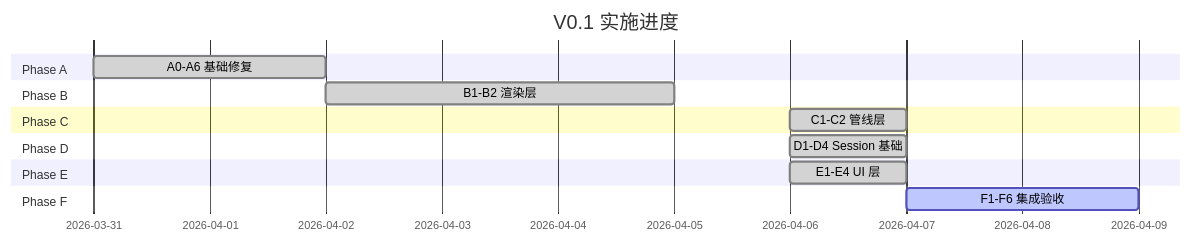
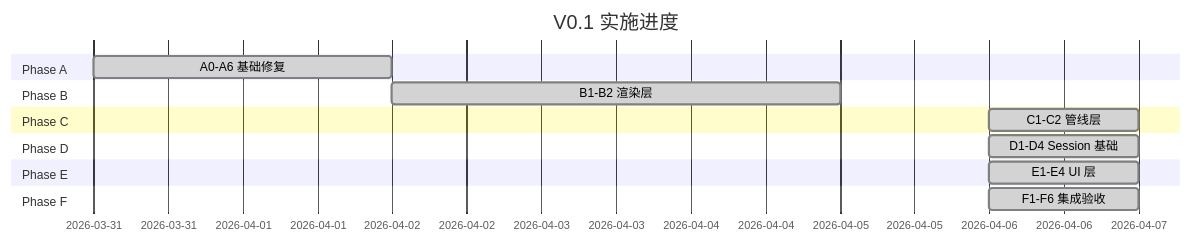
One commit to KyleYang2002/Hi-Terms changed the first of 4 diagrams in Next2Do/v0.1-execution.md. Above: the diagram before and after it, drawn with Mermaid. The commit also changed other lines of this file and 4 other files, not shown here.

````diff
--- a/Next2Do/v0.1-execution.md
+++ b/Next2Do/v0.1-execution.md
@@ -55,17 +55,17 @@
 ```mermaid
 gantt
     title V0.1 实施进度
     dateFormat YYYY-MM-DD
     section Phase A
         A0-A6 基础修复           :done, a, 2026-03-31, 2026-04-02
     section Phase B
         B1-B2 渲染层             :done, b, 2026-04-02, 2026-04-05
     section Phase C
         C1-C2 管线层             :done, c, 2026-04-06, 1d
     section Phase D
         D1-D4 Session 基础       :done, d, 2026-04-06, 1d
     section Phase E
         E1-E4 UI 层              :done, e, 2026-04-06, 1d
     section Phase F
-        F1-F6 集成验收           :active, f, 2026-04-07, 2d
+        F1-F6 集成验收           :done, f, 2026-04-06, 1d
 ```
````
